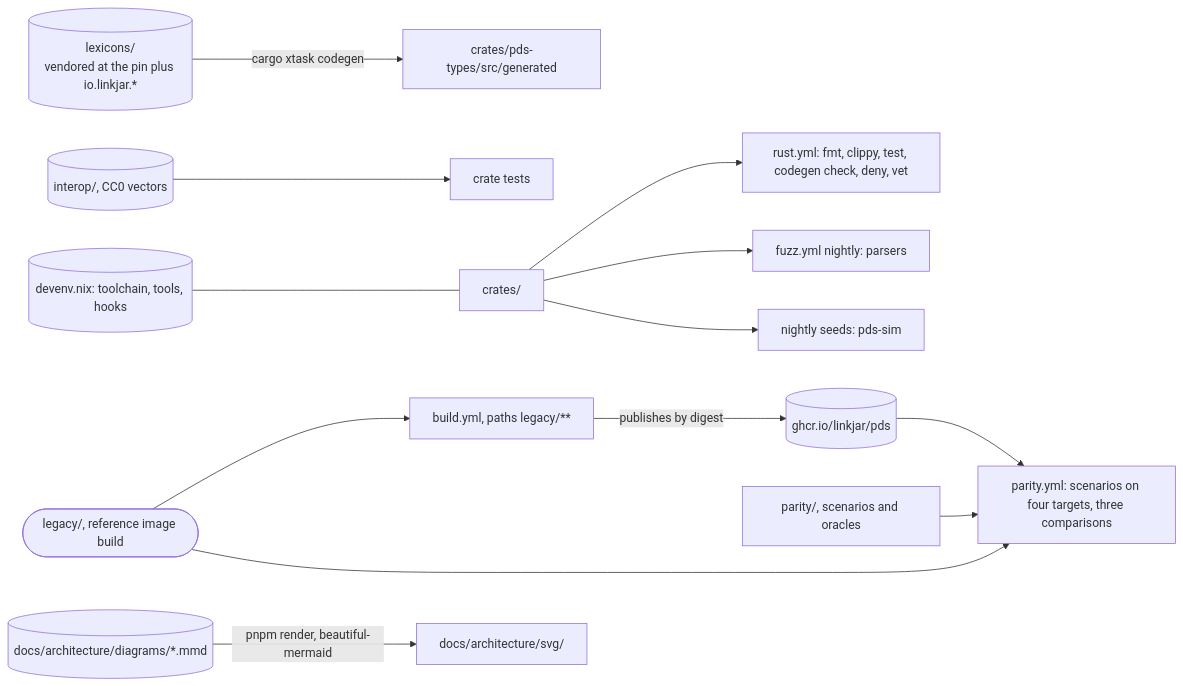
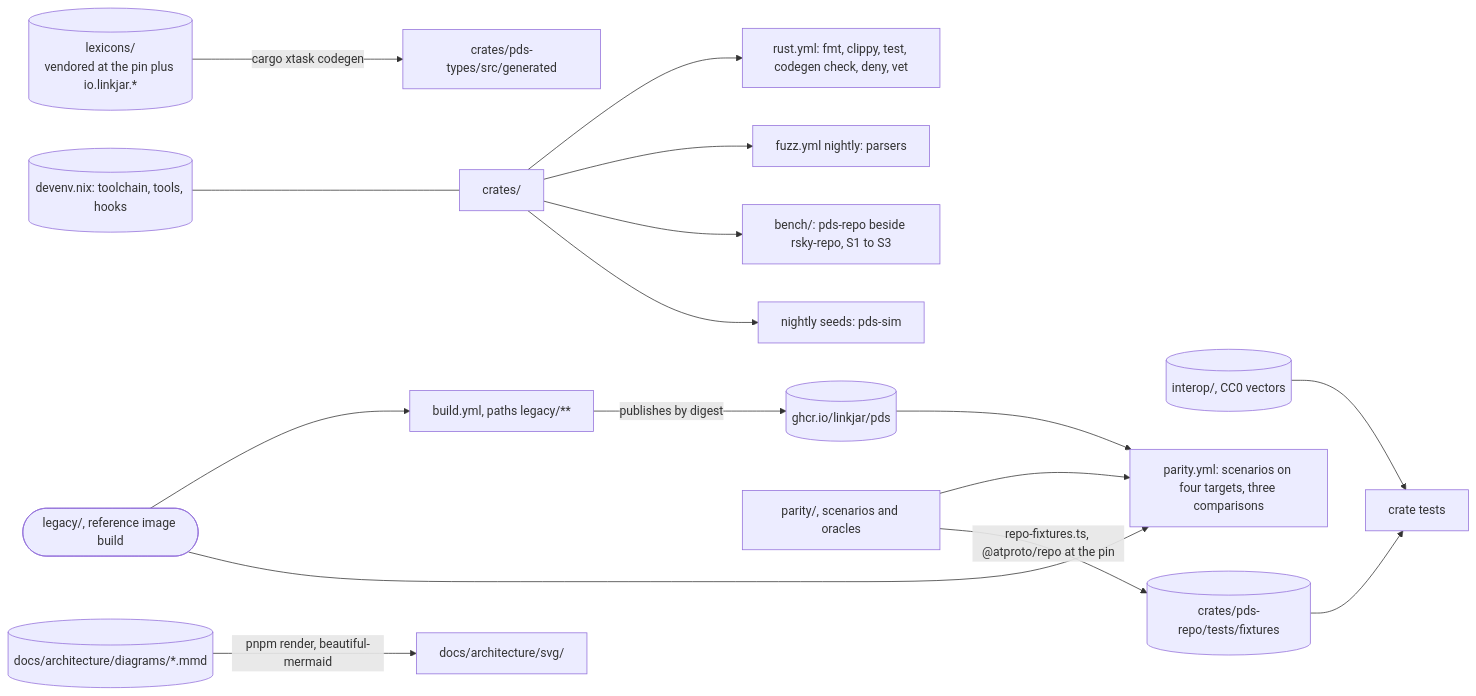
The diagram in docs/architecture/diagrams/18-repository.mmd (linkjar/pds), drawn with Mermaid before and after one commit. The commit also changed 14 other files, not shown here.

```diff
--- a/docs/architecture/diagrams/18-repository.mmd
+++ b/docs/architecture/diagrams/18-repository.mmd
@@ -1,13 +1,16 @@
 flowchart LR
   lex[(lexicons/<br/>vendored at the pin plus io.linkjar.*)] -- cargo xtask codegen --> gen[crates/pds-types/src/generated]
   interop[(interop/, CC0 vectors)] --> tests[crate tests]
   src[crates/] --> ci[rust.yml: fmt, clippy, test, codegen check, deny, vet]
   src --> fuzz[fuzz.yml nightly: parsers]
+  src --> bench[bench/: pds-repo beside rsky-repo, S1 to S3]
   src --> sim[nightly seeds: pds-sim]
   legacy([legacy/, reference image build]) --> build[build.yml, paths legacy/**]
   build -- publishes by digest --> image[(ghcr.io/linkjar/pds)]
   parity[parity/, scenarios and oracles] --> gate[parity.yml: scenarios on four targets, three comparisons]
   image --> gate
   legacy --> gate
+  parity -- repo-fixtures.ts, @atproto/repo at the pin --> fixtures[(crates/pds-repo/tests/fixtures)]
+  fixtures --> tests
   devenv[(devenv.nix: toolchain, tools, hooks)] --- src
   mmd[(docs/architecture/diagrams/*.mmd)] -- pnpm render, beautiful-mermaid --> svg[docs/architecture/svg/]
```
